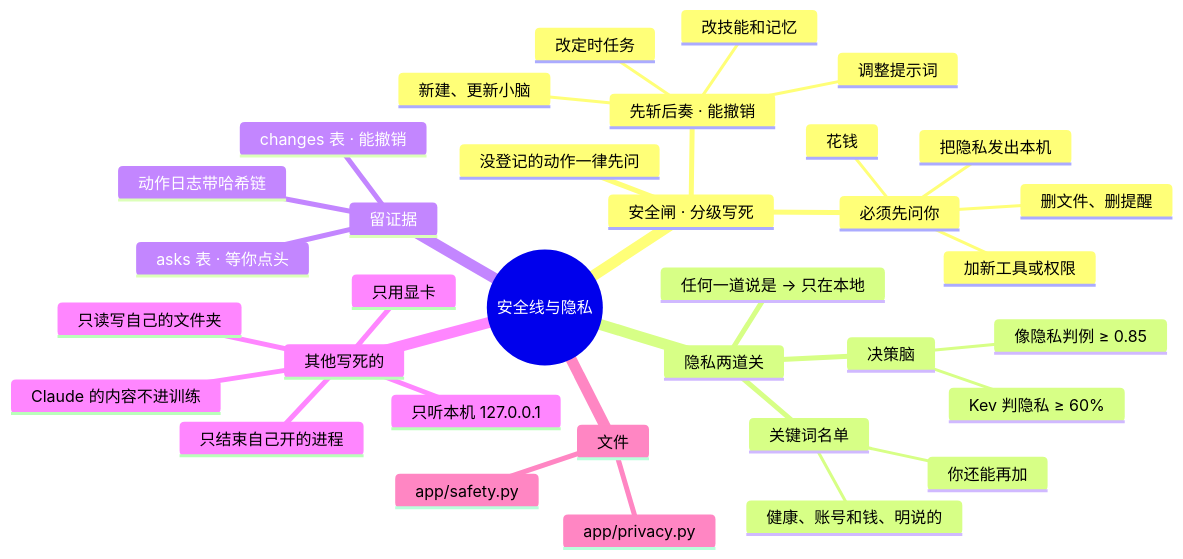
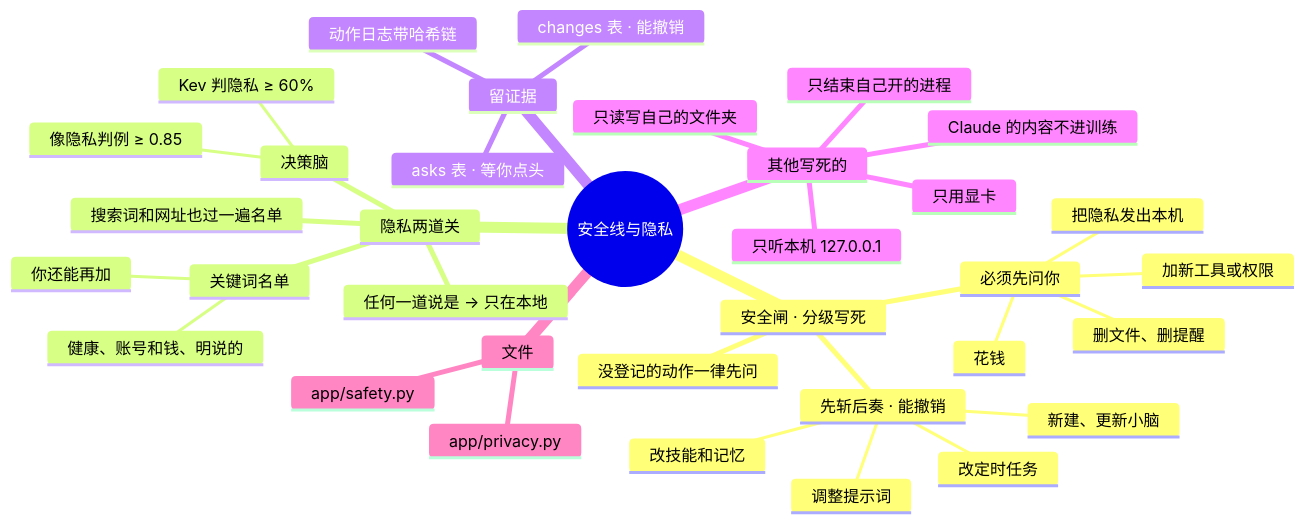
One commit to lql-076/Experiment-Agent-One changed the diagram in docs/AI文档/架构/08-安全线与隐私.md. Above: the diagram before and after it, drawn with Mermaid. The commit also changed other lines of this file and 26 other files, not shown here.

````diff
--- a/docs/AI文档/架构/08-安全线与隐私.md
+++ b/docs/AI文档/架构/08-安全线与隐私.md
@@ -9,37 +9,38 @@
 ```mermaid
 mindmap
   root((安全线与隐私))
     安全闸 · 分级写死
       先斩后奏 · 能撤销
         新建、更新小脑
         改技能和记忆
         改定时任务
         调整提示词
       必须先问你
         删文件、删提醒
         加新工具或权限
         花钱
         把隐私发出本机
       没登记的动作一律先问
     隐私两道关
       关键词名单
         健康、账号和钱、明说的
         你还能再加
       决策脑
         像隐私判例 ≥ 0.85
         Kev 判隐私 ≥ 60%
       任何一道说是 → 只在本地
+      搜索词和网址也过一遍名单
     留证据
       changes 表 · 能撤销
       asks 表 · 等你点头
       动作日志带哈希链
     其他写死的
       只用显卡
       Claude 的内容不进训练
       只读写自己的文件夹
       只结束自己开的进程
       只听本机 127.0.0.1
     文件
       app/safety.py
       app/privacy.py
 ```
````
